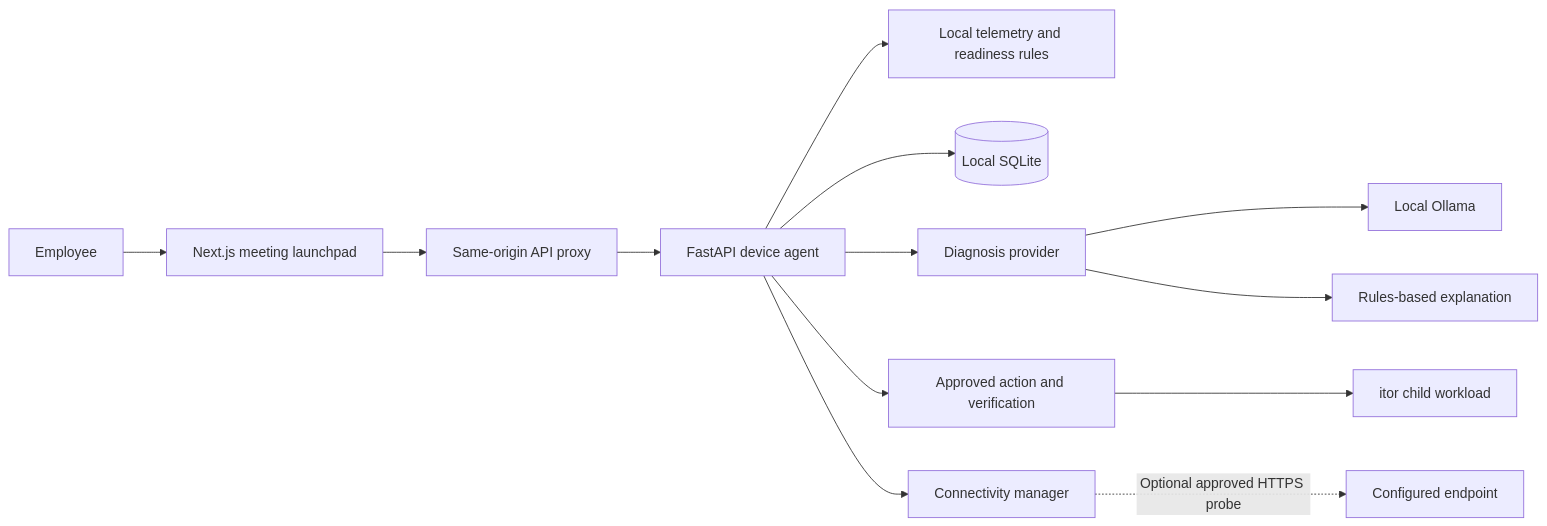
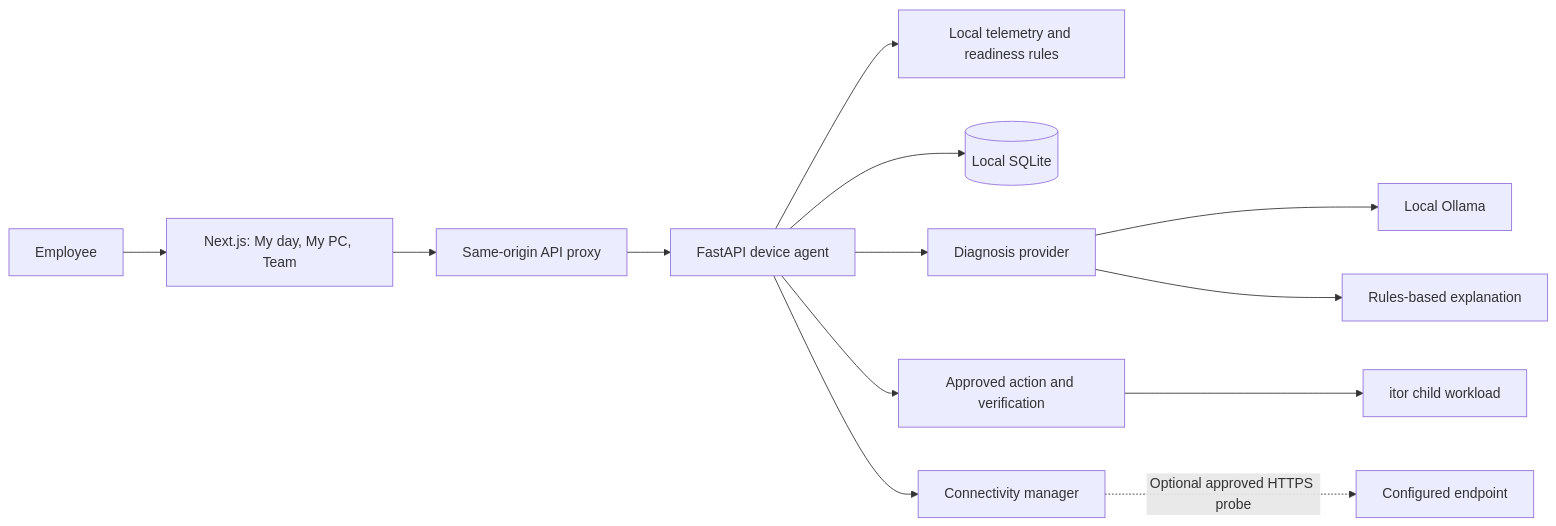
Before and after one commit to babbahy/itor: the diagram in docs/ARCHITECTURE.md, drawn with Mermaid. The commit also changed other lines of this file and 21 other files, not shown here.

First line of the commit message:
Web: My day time clock, offline help, quick fixes and Team ranking

````diff
--- a/docs/ARCHITECTURE.md
+++ b/docs/ARCHITECTURE.md
@@ -5,15 +5,15 @@
 ```mermaid
 flowchart LR
-    User["Employee"] --> Web["Next.js meeting launchpad"]
+    User["Employee"] --> Web["Next.js: My day, My PC, Team"]
     Web --> Proxy["Same-origin API proxy"]
     Proxy --> Agent["FastAPI device agent"]
     Agent --> Telemetry["Local telemetry and readiness rules"]
     Agent --> Store[("Local SQLite")]
     Agent --> Diagnose["Diagnosis provider"]
     Diagnose --> Ollama["Local Ollama"]
     Diagnose --> Rules["Rules-based explanation"]
     Agent --> Actions["Approved action and verification"]
     Actions --> Child["itor child workload"]
     Agent --> Connectivity["Connectivity manager"]
     Connectivity -. "Optional approved HTTPS probe" .-> Endpoint["Configured endpoint"]
 ```
````
